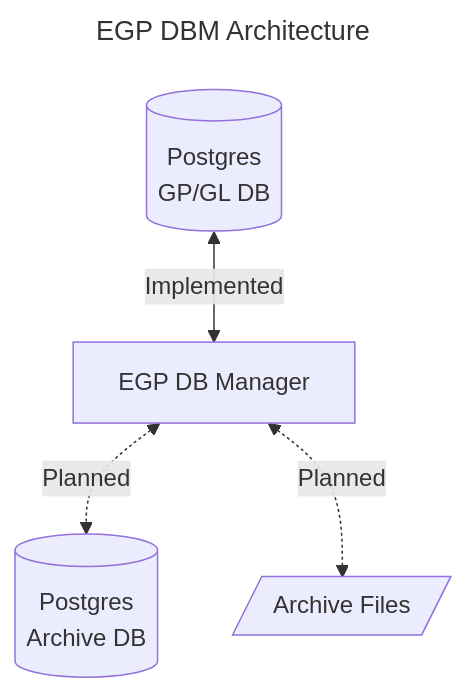
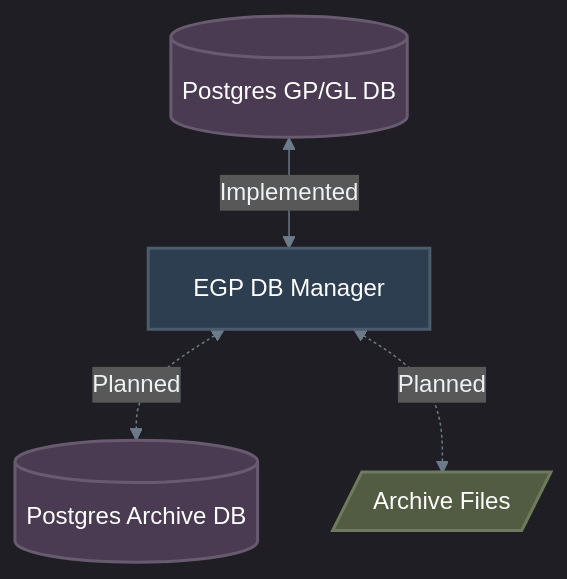
Before and after one commit to Shapedsundew9/erasmus-gp: the first of 3 diagrams in docs/components/database/manager_architecture.md, drawn with Mermaid. The commit also changed other lines of this file and 21 other files, not shown here.

First line of the commit message:
Enhance Mermaid Diagrams and Color Consistency Across Documentation

````diff
--- a/docs/components/database/manager_architecture.md
+++ b/docs/components/database/manager_architecture.md
@@ -5,16 +5,20 @@
 ```mermaid
----
-title: EGP DBM Architecture
----
+%%{init: { 'theme': 'dark', 'themeVariables': { 'lineColor': '#6c7a89', 'textColor': '#edf2f4', 'mainBkg': '#2b2d42', 'primaryBorderColor': '#4a4e69' }}}%%
 flowchart TD
-    db1[(Postgres
-        GP/GL DB)]
-    db2[(Postgres
-        Archive DB)]
-    dbm1["EGP DB Manager"]
-    bu1[/"Archive Files"/]
+    %% Base/Default (Dark Slate)
+    classDef default fill:#2b2d42,stroke:#4a4e69,stroke-width:2px,color:#edf2f4
+    classDef dataBlue fill:#3a506b,stroke:#5c6b73,stroke-width:2px,color:#ffffff
+    classDef dataTeal fill:#3b5e60,stroke:#5b7a7c,stroke-width:2px,color:#ffffff
+    classDef dataPlum fill:#4a3b52,stroke:#685b70,stroke-width:2px,color:#ffffff
+    classDef dataOlive fill:#525c42,stroke:#6f7a5d,stroke-width:2px,color:#ffffff
+    classDef dataNavy fill:#2c3e50,stroke:#4a5c6e,stroke-width:2px,color:#ffffff
+
+    db1[(Postgres GP/GL DB)]:::dataPlum
+    db2[(Postgres Archive DB)]:::dataPlum
+    dbm1["EGP DB Manager"]:::dataNavy
+    bu1[/"Archive Files"/]:::dataOlive
 
     db1 <-->|Implemented| dbm1
     dbm1 <-.->|Planned| db2
     dbm1 <-.->|Planned| bu1
 ```
````
